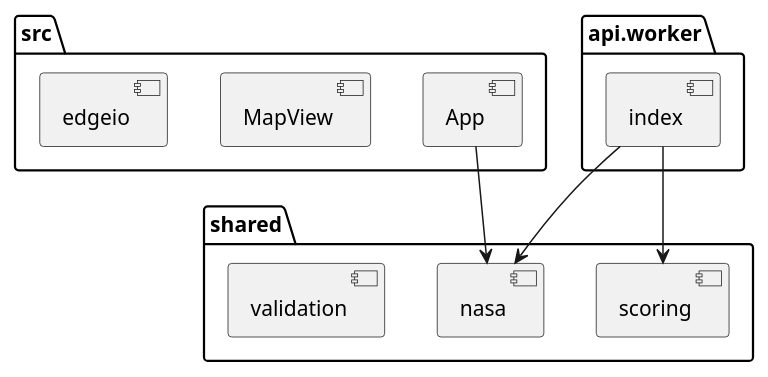
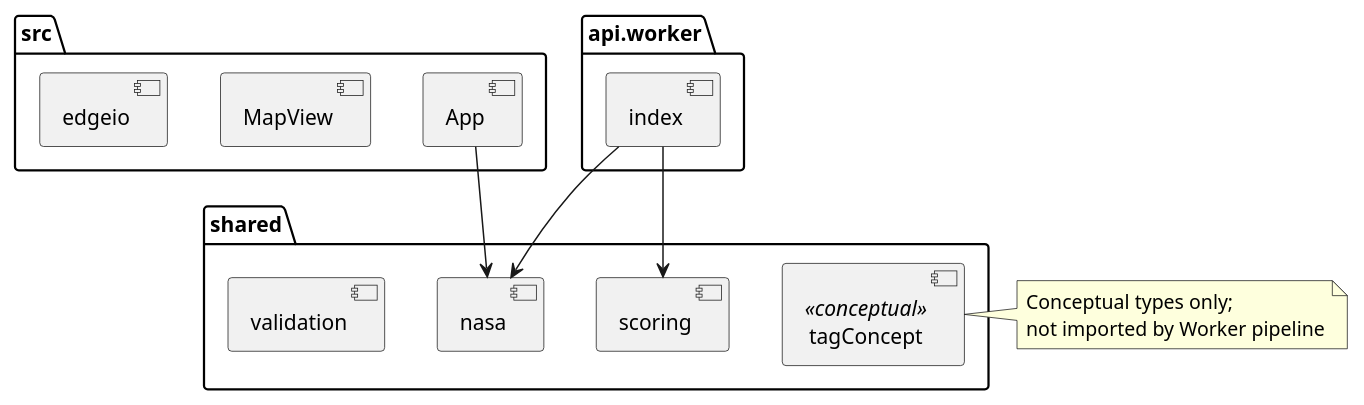
The diagram in docs/architecture/uml/08-package.puml (gunnchOS3k/FINDS-Sharks-From-Space), drawn with PlantUML before and after one commit. The commit also changed 18 other files, not shown here.

```diff
--- a/docs/architecture/uml/08-package.puml
+++ b/docs/architecture/uml/08-package.puml
@@ -1,18 +1,23 @@
 @startuml finds-package
 package src {
   [App]
   [MapView]
   [edgeio]
 }
 package shared {
   [nasa]
   [scoring]
   [validation]
+  [tagConcept] <<conceptual>>
 }
 package api.worker {
   [index]
 }
 [App] --> [nasa]
 [index] --> [nasa]
 [index] --> [scoring]
+note right of [tagConcept]
+  Conceptual types only;
+  not imported by Worker pipeline
+end note
 @enduml
```
